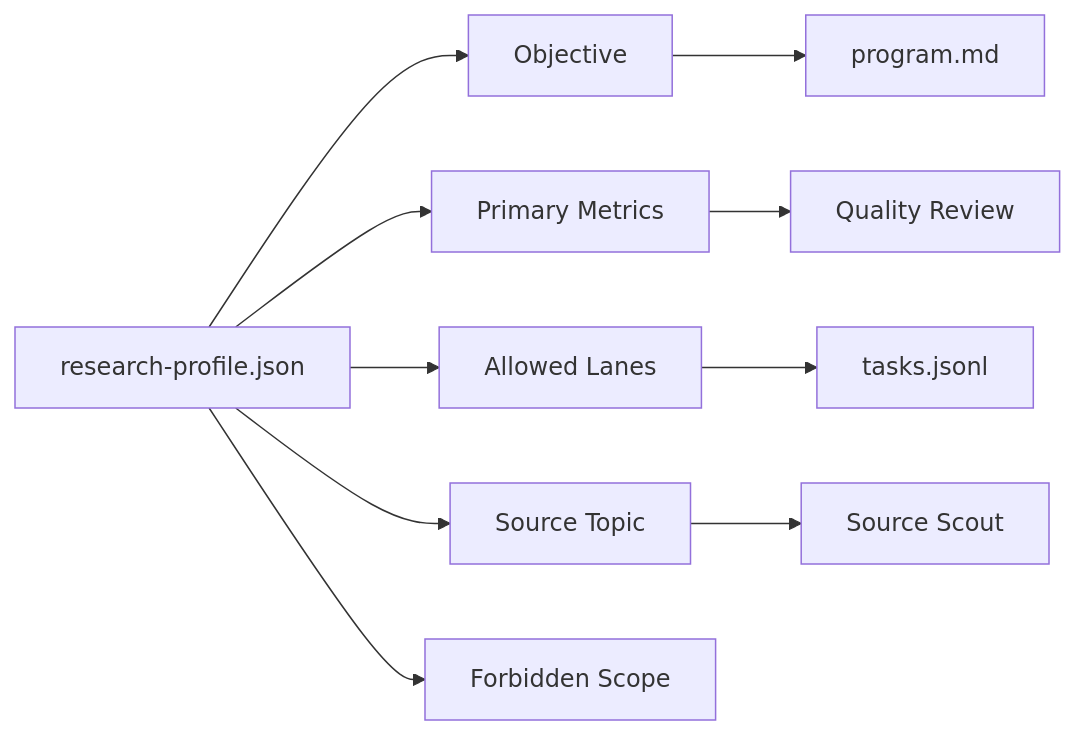
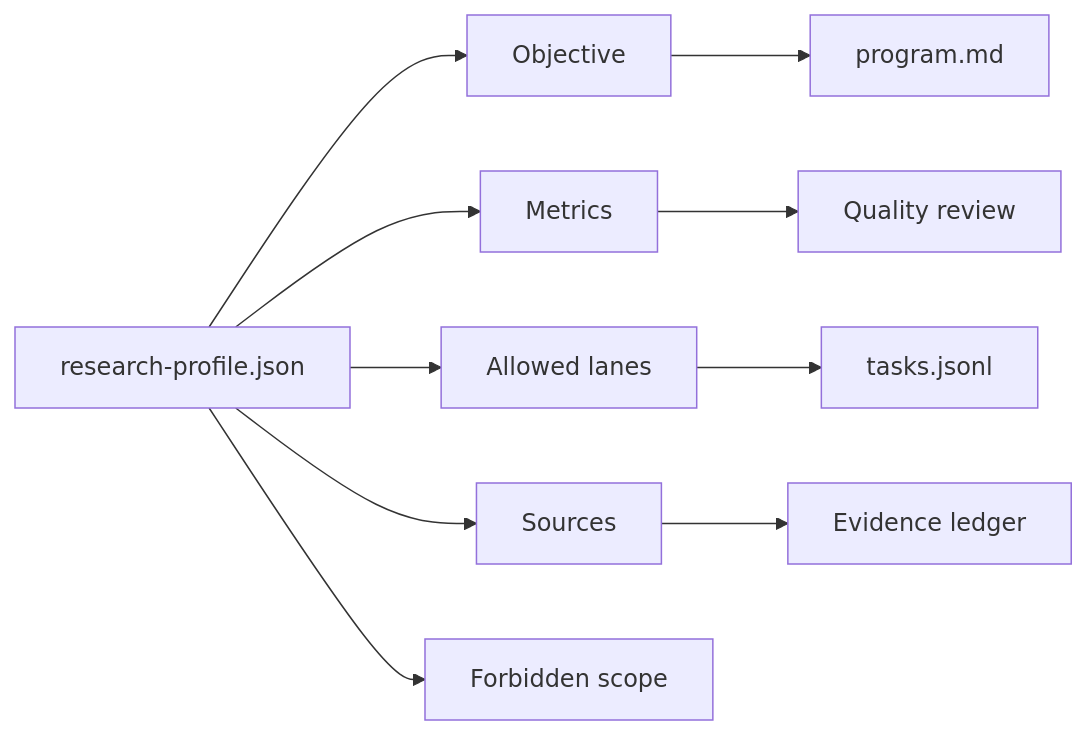
The second of 4 diagrams in README.md (Kristianaaron/openclaw-harness-autoresearch), drawn with Mermaid before and after one commit. The commit also changed other lines of this file and 2 other files, not shown here.

````diff
--- a/README.md
+++ b/README.md
@@ -104,12 +57,12 @@
 ```mermaid
 flowchart LR
     P["research-profile.json"] --> O["Objective"]
-    P --> M["Primary Metrics"]
-    P --> L["Allowed Lanes"]
-    P --> S["Source Topic"]
-    P --> F["Forbidden Scope"]
-    O --> W["program.md"]
-    M --> Q["Quality Review"]
+    P --> M["Metrics"]
+    P --> L["Allowed lanes"]
+    P --> S["Sources"]
+    P --> R["Forbidden scope"]
+    O --> Q["program.md"]
+    M --> V["Quality review"]
     L --> T["tasks.jsonl"]
-    S --> R["Source Scout"]
+    S --> E["Evidence ledger"]
 ```
````
